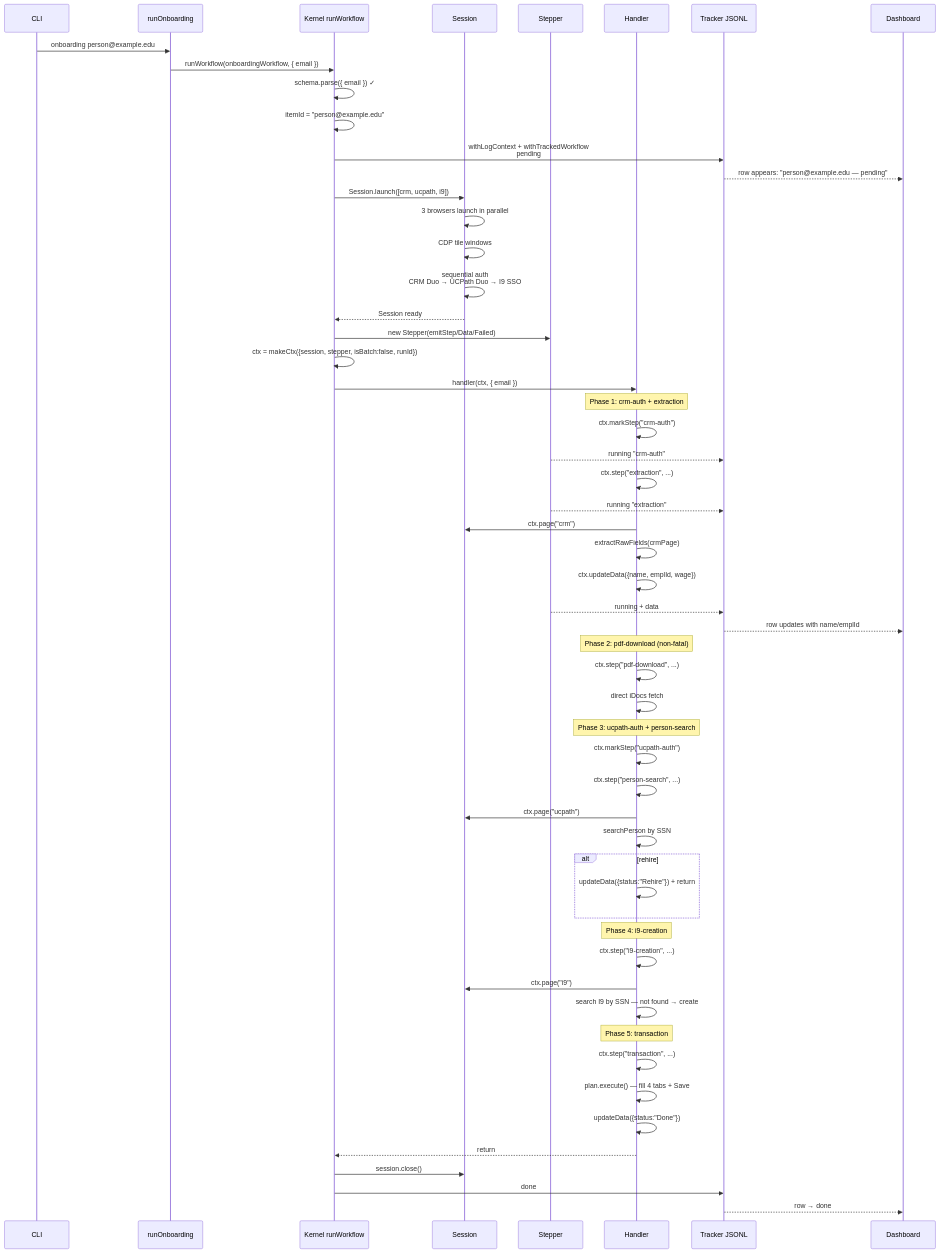
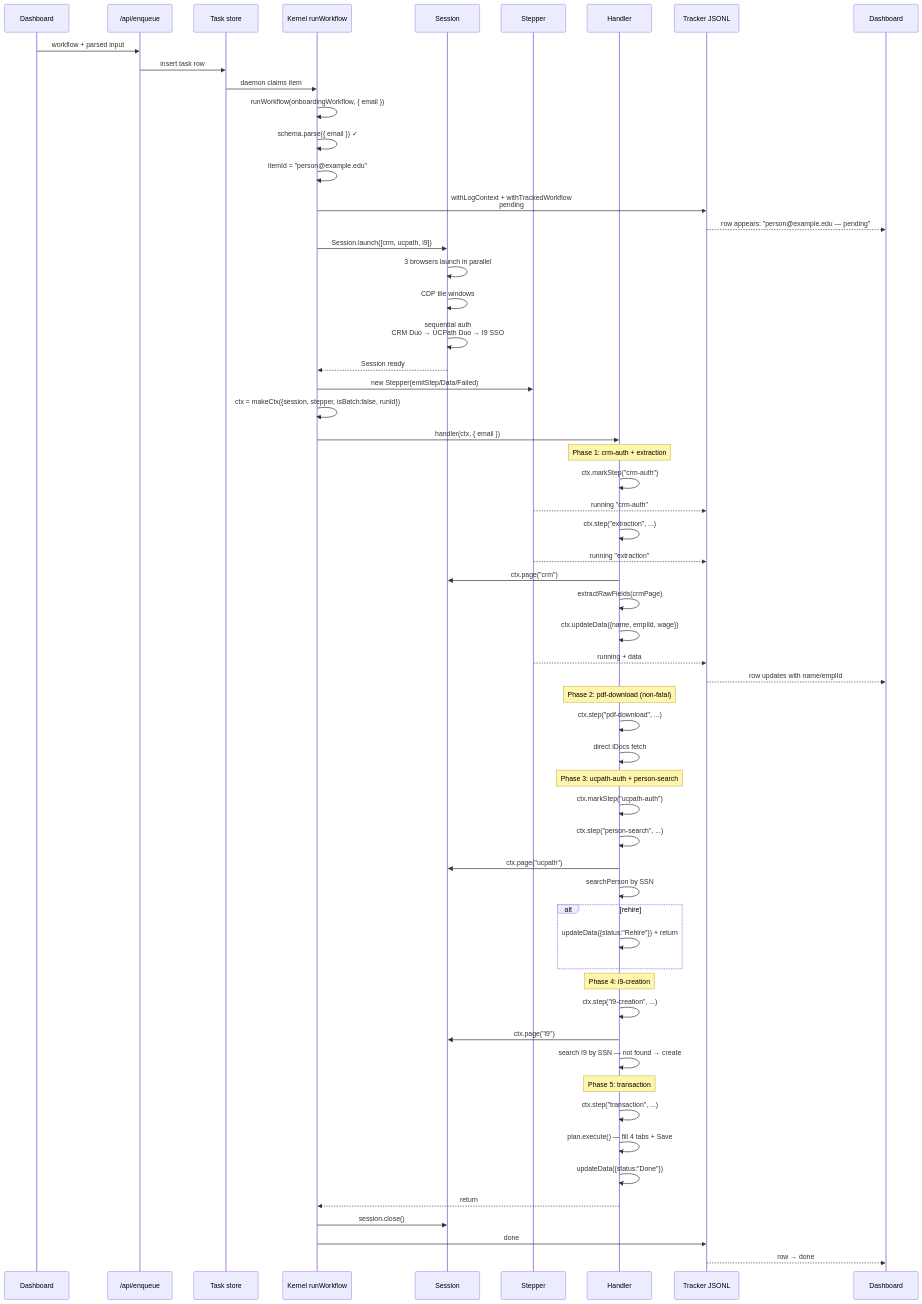
One commit to julianthant/hr-automation changed diagram 16 of 16 in docs/engineering/architecture-deep-dive.md. Above: the diagram before and after it, drawn with Mermaid. The commit also changed other lines of this file and 70 other files, not shown here.

First line of the commit message:
wip: input-run dashboard refactor + OCR approval-signal scaffolding

````diff
--- a/docs/engineering/architecture-deep-dive.md
+++ b/docs/engineering/architecture-deep-dive.md
@@ -869,65 +874,68 @@
 ```mermaid
 sequenceDiagram
-    participant CLI
-    participant RUN as runOnboarding
+    participant DASH as Dashboard
+    participant API as /api/enqueue
+    participant Q as Task store
     participant K as Kernel runWorkflow
     participant SES as Session
     participant STP as Stepper
     participant H as Handler
     participant T as Tracker JSONL
     participant D as Dashboard
 
-    CLI->>RUN: onboarding person@example.edu
-    RUN->>K: runWorkflow(onboardingWorkflow, { email })
+    DASH->>API: workflow + parsed input
+    API->>Q: insert task row
+    Q->>K: daemon claims item
+    K->>K: runWorkflow(onboardingWorkflow, { email })
     K->>K: schema.parse({ email }) ✓
     K->>K: itemId = "person@example.edu"
     K->>T: withLogContext + withTrackedWorkflow<br/>pending
     T-->>D: row appears: "person@example.edu — pending"
     K->>SES: Session.launch([crm, ucpath, i9])
     SES->>SES: 3 browsers launch in parallel
     SES->>SES: CDP tile windows
     SES->>SES: sequential auth<br/>CRM Duo → UCPath Duo → I9 SSO
     SES-->>K: Session ready
     K->>STP: new Stepper(emitStep/Data/Failed)
     K->>K: ctx = makeCtx({session, stepper, isBatch:false, runId})
     K->>H: handler(ctx, { email })
 
     Note over H: Phase 1: crm-auth + extraction
     H->>H: ctx.markStep("crm-auth")
     STP-->>T: running "crm-auth"
     H->>H: ctx.step("extraction", ...)
     STP-->>T: running "extraction"
     H->>SES: ctx.page("crm")
     H->>H: extractRawFields(crmPage)
     H->>H: ctx.updateData({name, emplId, wage})
     STP-->>T: running + data
     T-->>D: row updates with name/emplId
 
     Note over H: Phase 2: pdf-download (non-fatal)
     H->>H: ctx.step("pdf-download", ...)
     H->>H: direct iDocs fetch
 
     Note over H: Phase 3: ucpath-auth + person-search
     H->>H: ctx.markStep("ucpath-auth")
     H->>H: ctx.step("person-search", ...)
     H->>SES: ctx.page("ucpath")
     H->>H: searchPerson by SSN
     alt rehire
         H->>H: updateData({status:"Rehire"}) + return
     end
 
     Note over H: Phase 4: i9-creation
     H->>H: ctx.step("i9-creation", ...)
     H->>SES: ctx.page("i9")
     H->>H: search I9 by SSN — not found → create
 
     Note over H: Phase 5: transaction
     H->>H: ctx.step("transaction", ...)
     H->>H: plan.execute() — fill 4 tabs + Save
     H->>H: updateData({status:"Done"})
 
     H-->>K: return
     K->>SES: session.close()
     K->>T: done
     T-->>D: row → done
 ```
````
